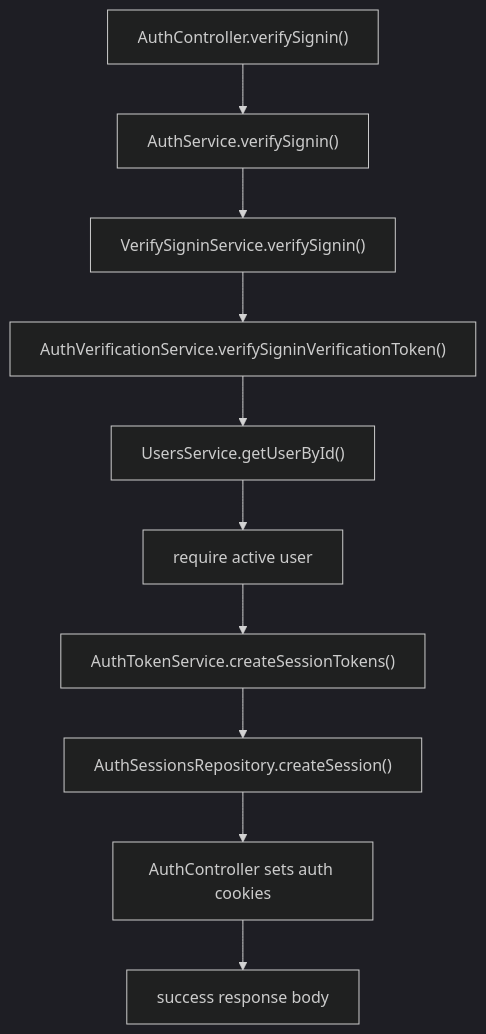
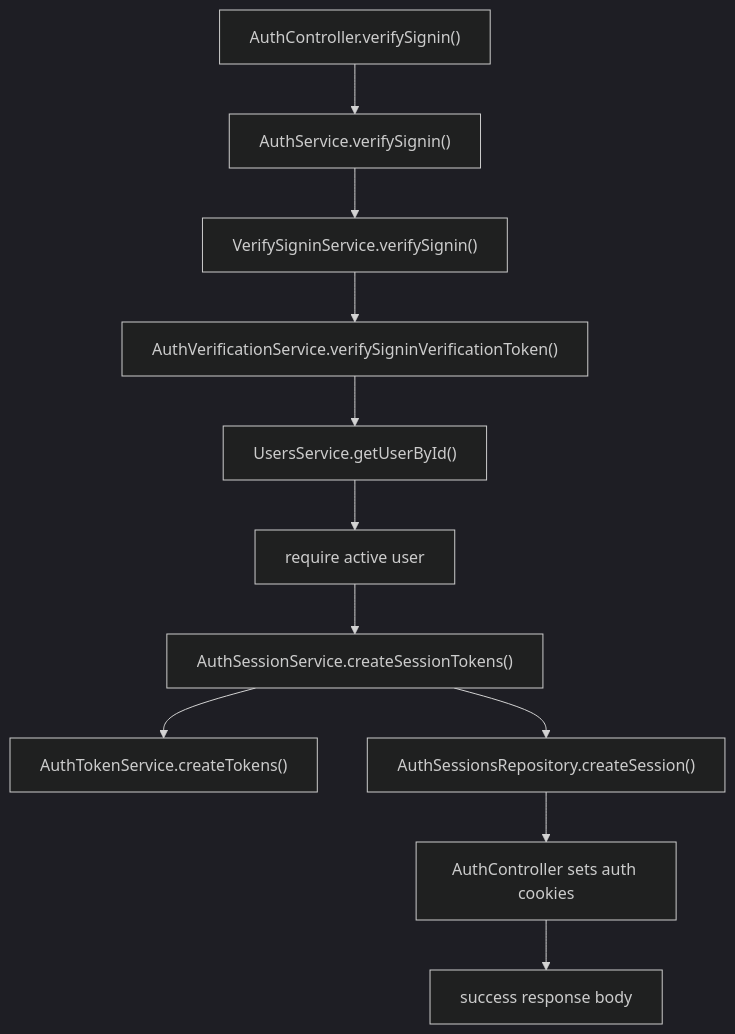
One commit to KaterynaKocheharova/Practice-app changed the fourth of 6 diagrams in back/docs/auth/signup-flow.md. Above: the diagram before and after it, drawn with Mermaid (dark theme). The commit also changed other lines of this file and 2 other files, not shown here.

````diff
--- a/back/docs/auth/signup-flow.md
+++ b/back/docs/auth/signup-flow.md
@@ -161,12 +171,13 @@
 ```mermaid
 flowchart TD
   Controller["AuthController.verifySignin()"] --> AuthService["AuthService.verifySignin()"]
   AuthService --> VerifyService["VerifySigninService.verifySignin()"]
   VerifyService --> TokenVerify["AuthVerificationService.verifySigninVerificationToken()"]
   TokenVerify --> UserLookup["UsersService.getUserById()"]
   UserLookup --> StatusCheck["require active user"]
-  StatusCheck --> Tokens["AuthTokenService.createSessionTokens()"]
-  Tokens --> Session["AuthSessionsRepository.createSession()"]
+  StatusCheck --> SessionTokens["AuthSessionService.createSessionTokens()"]
+  SessionTokens --> Tokens["AuthTokenService.createTokens()"]
+  SessionTokens --> Session["AuthSessionsRepository.createSession()"]
   Session --> Cookies["AuthController sets auth cookies"]
   Cookies --> Response["success response body"]
 ```
````
